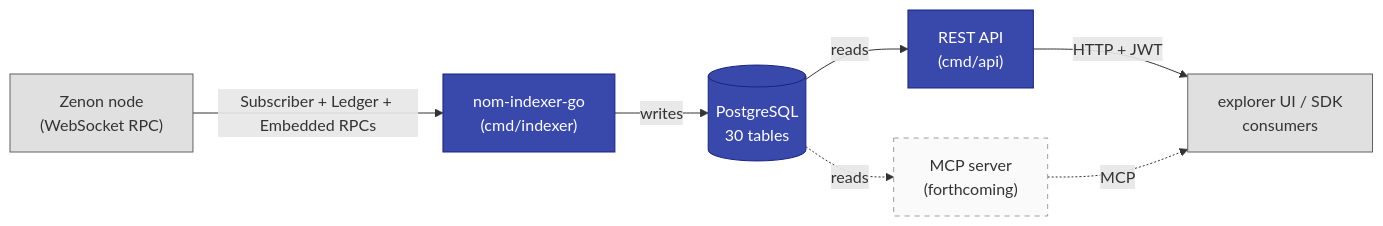
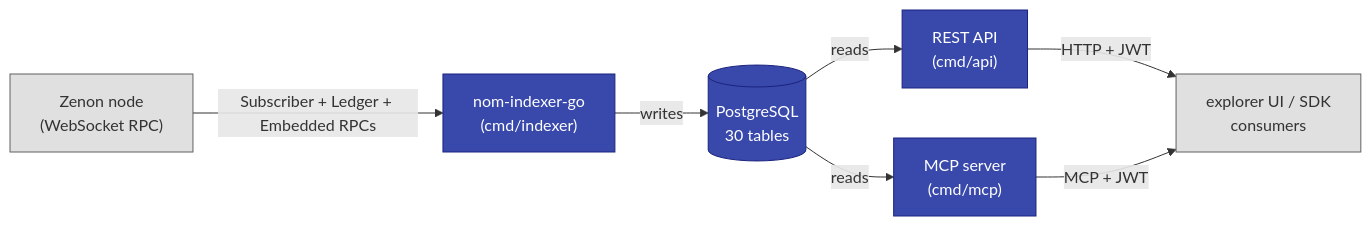
Before and after one commit to 0x3639/nom-indexer-go: the first of 3 diagrams in docs/architecture/overview.md, drawn with Mermaid. The commit also changed other lines of this file and 31 other files, not shown here.

````diff
--- a/docs/architecture/overview.md
+++ b/docs/architecture/overview.md
@@ -13,20 +12,19 @@
 ```mermaid
 flowchart LR
     node["Zenon node<br/>(WebSocket RPC)"]:::external
     idx["nom-indexer-go<br/>(cmd/indexer)"]:::core
     pg[(PostgreSQL<br/>30 tables)]:::core
     api["REST API<br/>(cmd/api)"]:::core
-    mcp["MCP server<br/>(forthcoming)"]:::future
+    mcp["MCP server<br/>(cmd/mcp)"]:::core
     web["explorer UI / SDK<br/>consumers"]:::external
 
     node -- "Subscriber + Ledger + Embedded RPCs" --> idx
     idx -- "writes" --> pg
     pg -- "reads" --> api
-    pg -. "reads" .-> mcp
+    pg -- "reads" --> mcp
     api -- "HTTP + JWT" --> web
-    mcp -. "MCP" .-> web
+    mcp -- "MCP + JWT" --> web
 
     classDef core fill:#3949ab,stroke:#1a237e,color:#fff;
     classDef external fill:#e0e0e0,stroke:#616161;
-    classDef future stroke-dasharray:5 5,fill:#fafafa,stroke:#9e9e9e;
 ```
````
